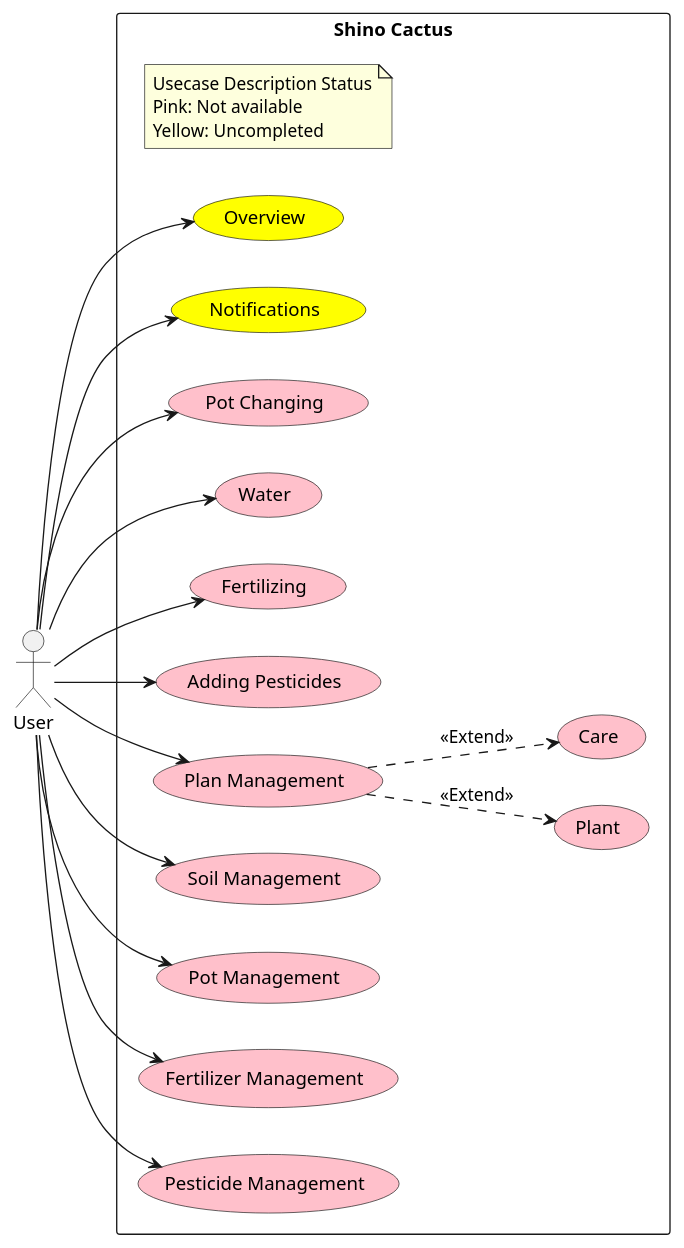
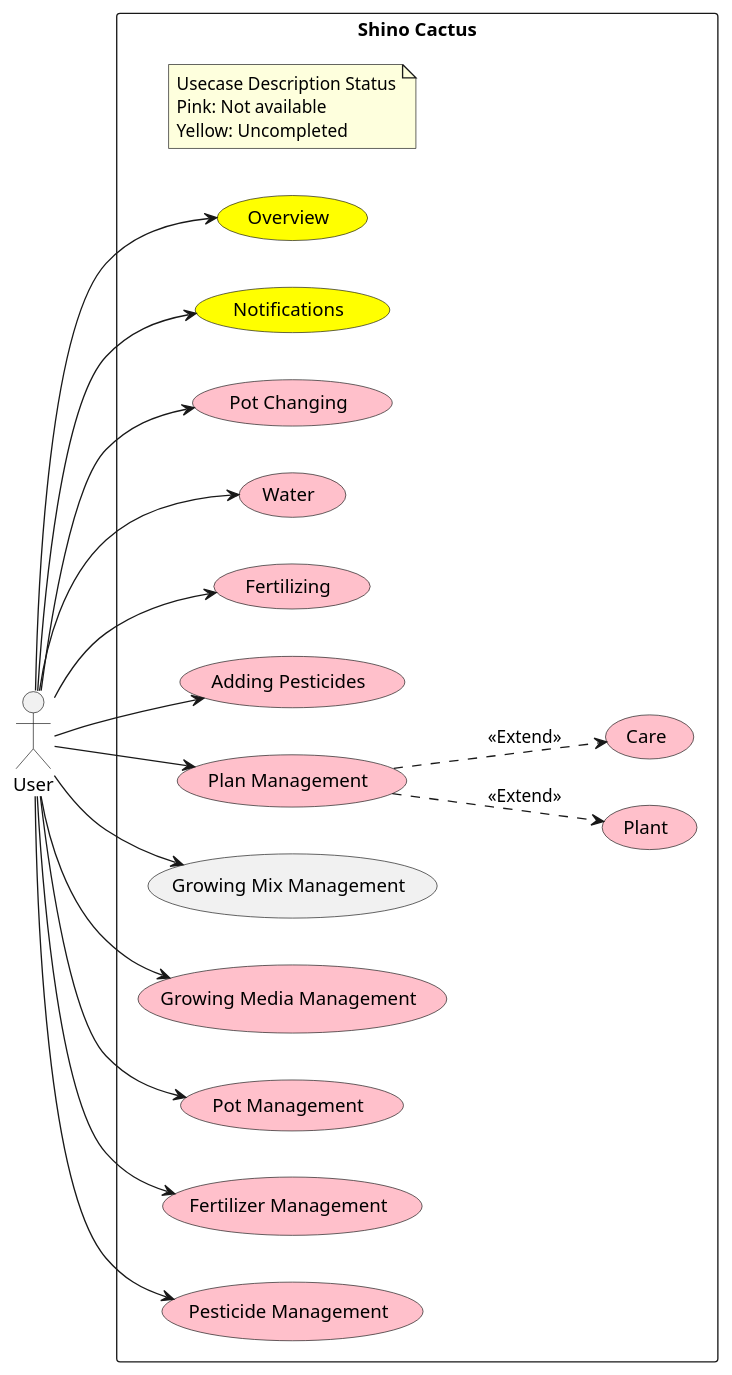
The diagram in UML/Concept.puml (Shinodari/CactusMan-Analysis), drawn with PlantUML before and after one commit. The commit also changed 2 other files, not shown here.

Commit message:
feat(usecase & des 2.1)!:  first growing mix management BEAKING CHANGE: Soil Management split into Growing Mix Management and Growing Media Management

```diff
--- a/UML/Concept.puml
+++ b/UML/Concept.puml
@@ -1,39 +1,38 @@
 @startuml Usecase
 left to right direction
 actor User
 rectangle "Shino Cactus" as ShinoCactus{
     note "Usecase Description Status\nPink: Not available\nYellow: Uncompleted" as CommonNote
 
     usecase Overview #Yellow
     usecase Notifications #Yellow
     usecase "Pot Changing" as PotC #pink
     usecase Water #pink
     usecase Fertilizing #pink 
     usecase "Adding Pesticides" as APesticides #pink
     usecase "Plan Management" as PlanM #pink
     usecase Plant #pink
     usecase Care #pink
-    usecase "Soil Management" as SoilM #pink
+    usecase "Growing Mix Management" as GXM
+    usecase "Growing Media Management" as GMM #pink
     usecase "Pot Management" as PotM #pink
     usecase "Fertilizer Management" as FertilizerM #pink
     usecase "Pesticide Management" as PesticideM #pink
 }
-
 
 User --> Overview
 User --> Notifications
 User --> PotC
 User --> Water
 User --> Fertilizing
 User --> APesticides
 User --> PlanM
-User --> SoilM
+User --> GXM
+User --> GMM
 User --> PotM
 User --> FertilizerM
 User --> PesticideM
 
 PlanM ..> Plant : <<Extend>>
 PlanM ..> Care : <<Extend>>
-
-
 @enduml
```
